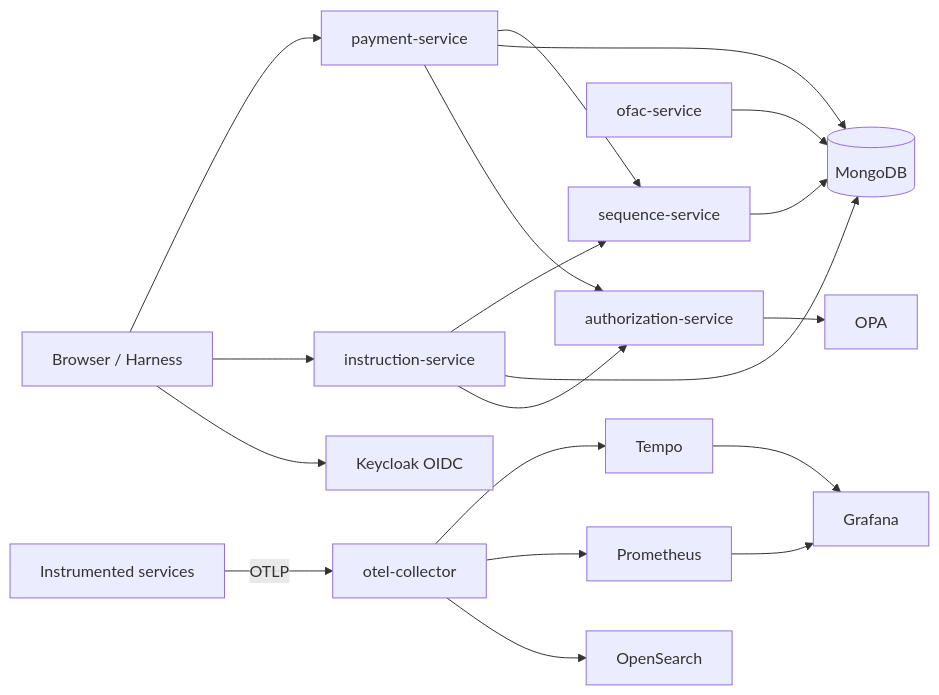
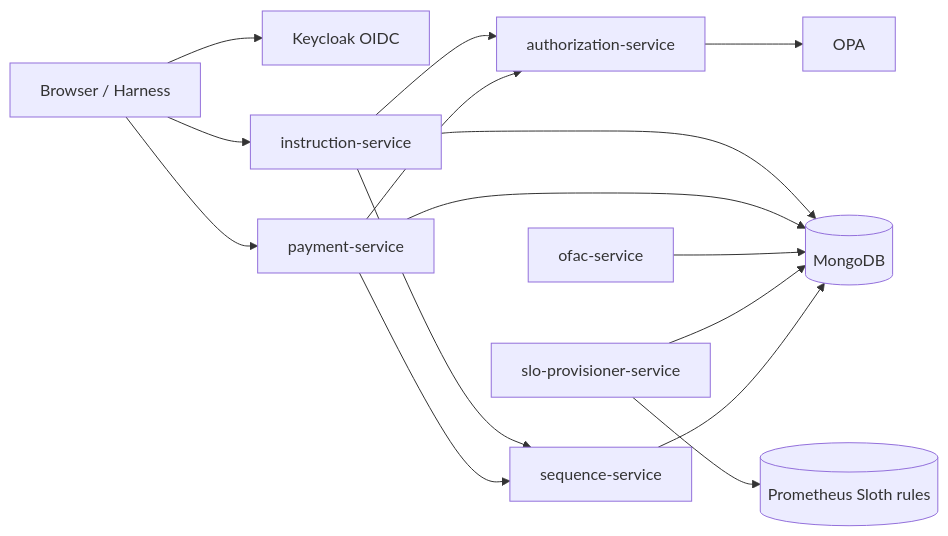
One commit to sanjuthomas/observability-mesh changed the first of 3 diagrams in README.md. Above: the diagram before and after it, drawn with Mermaid. The commit also changed other lines of this file and 36 other files, not shown here.

First line of the commit message:
Add slo-provisioner-service for OpenSLO-to-Sloth Prometheus rule sync.

````diff
--- a/README.md
+++ b/README.md
@@ -9,21 +13,17 @@
 ```mermaid
 flowchart LR
     User[Browser / Harness] --> Keycloak[Keycloak OIDC]
     User --> Inst[instruction-service]
     User --> Pay[payment-service]
     Inst --> Authz[authorization-service]
     Pay --> Authz
     Authz --> OPA[OPA]
     Inst --> Mongo[(MongoDB)]
     Pay --> Mongo
     OFAC[ofac-service] --> Mongo
+    SLOProv[slo-provisioner-service] --> Mongo
+    SLOProv --> PromRules[(Prometheus Sloth rules)]
     Seq[sequence-service] --> Mongo
     Inst --> Seq
     Pay --> Seq
-    Services[Instrumented services] -->|OTLP| OTel[otel-collector]
-    OTel --> OS[OpenSearch]
-    OTel --> Prom[Prometheus]
-    OTel --> Tempo[Tempo]
-    Prom --> Grafana[Grafana]
-    Tempo --> Grafana
 ```
````
